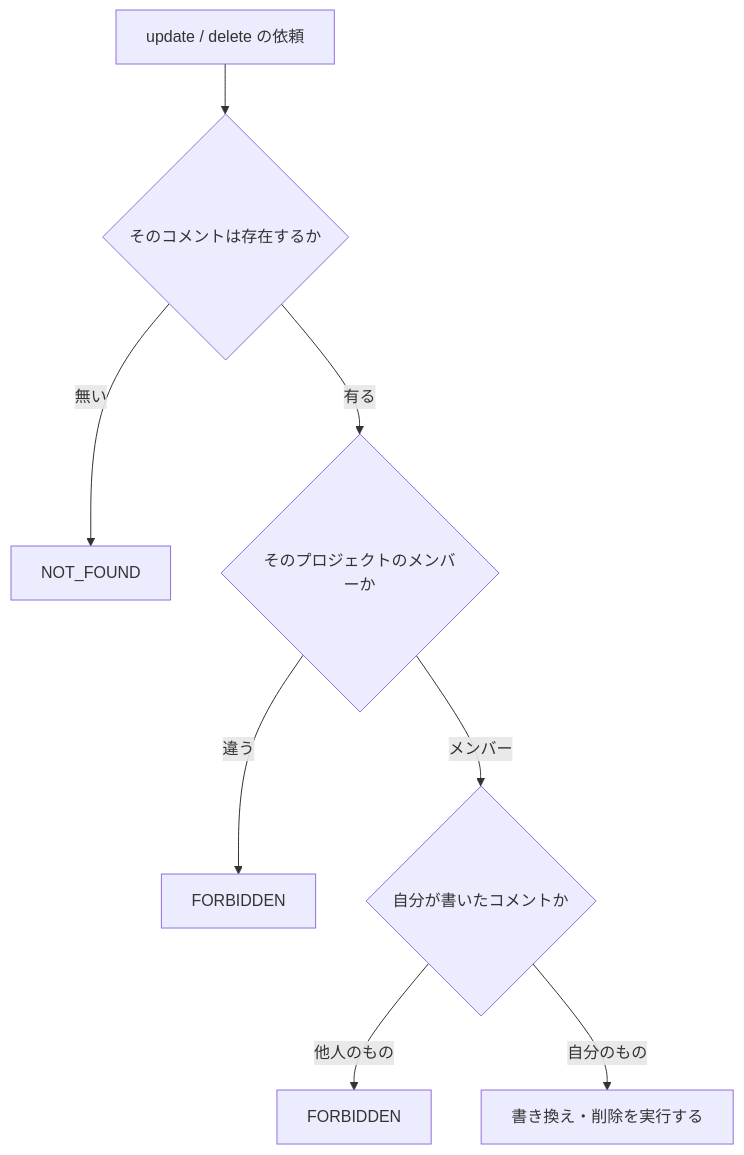
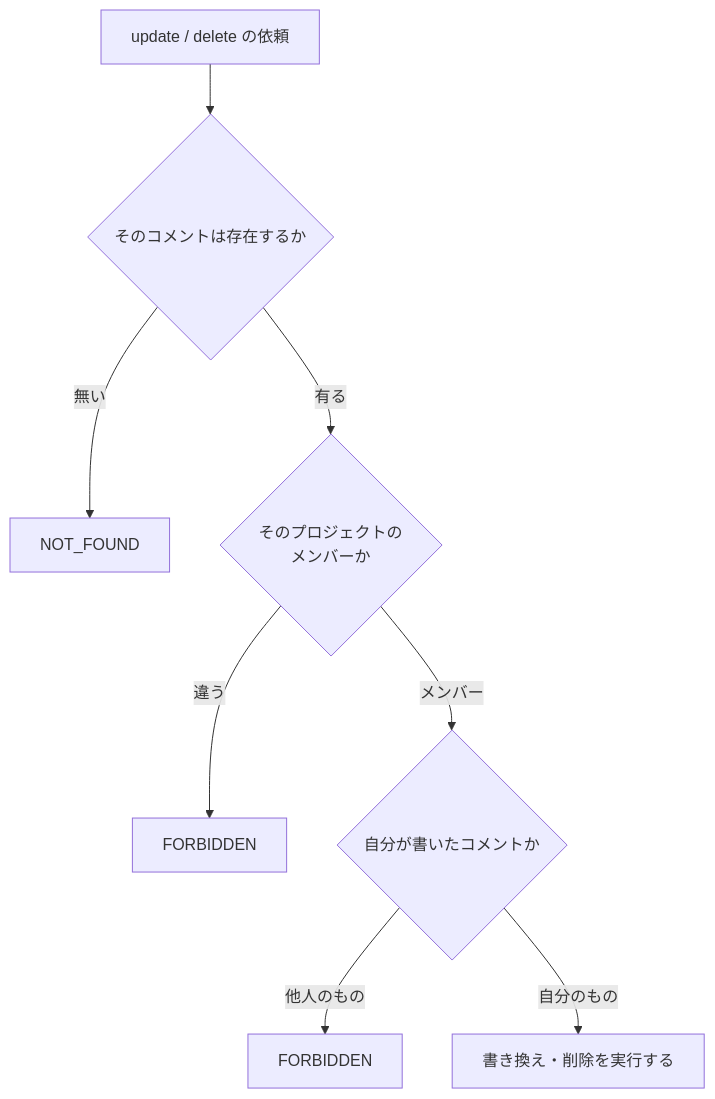
The second of 2 diagrams in material/30days-curriculum/day19_コメント編集・削除.md (kouiso/task-app), drawn with Mermaid before and after one commit. The commit also changed 24 other files, not shown here.

First line of the commit message:
fix(material): Mermaid 図のファイル名キャプションとノード途中折れを直す (#457) (#718)

````diff
--- a/material/30days-curriculum/day19_コメント編集・削除.md
+++ b/material/30days-curriculum/day19_コメント編集・削除.md
@@ -189,10 +189,10 @@
 ```mermaid
 flowchart TB
     S["update / delete の依頼"] --> G1{"そのコメントは存在するか"}
     G1 -->|"無い"| E1["NOT_FOUND"]
-    G1 -->|"有る"| G2{"そのプロジェクトのメンバーか"}
+    G1 -->|"有る"| G2{"そのプロジェクトの<br/>メンバーか"}
     G2 -->|"違う"| E2["FORBIDDEN"]
     G2 -->|"メンバー"| G3{"自分が書いたコメントか"}
     G3 -->|"他人のもの"| E3["FORBIDDEN"]
     G3 -->|"自分のもの"| OK["書き換え・削除を実行する"]
 ```
````
